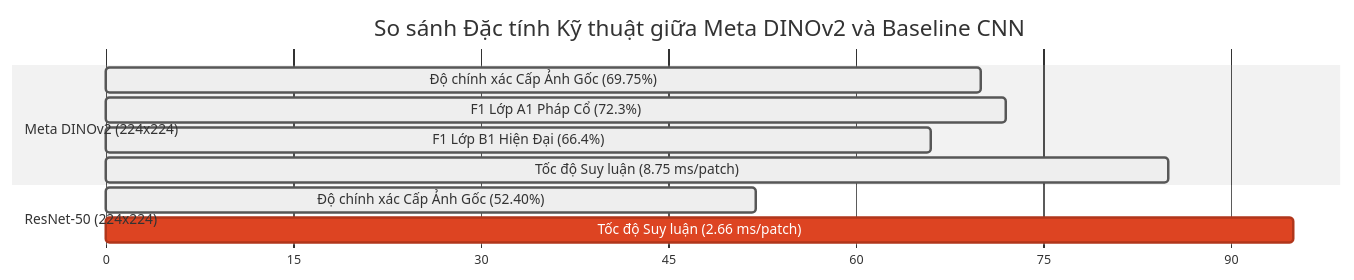
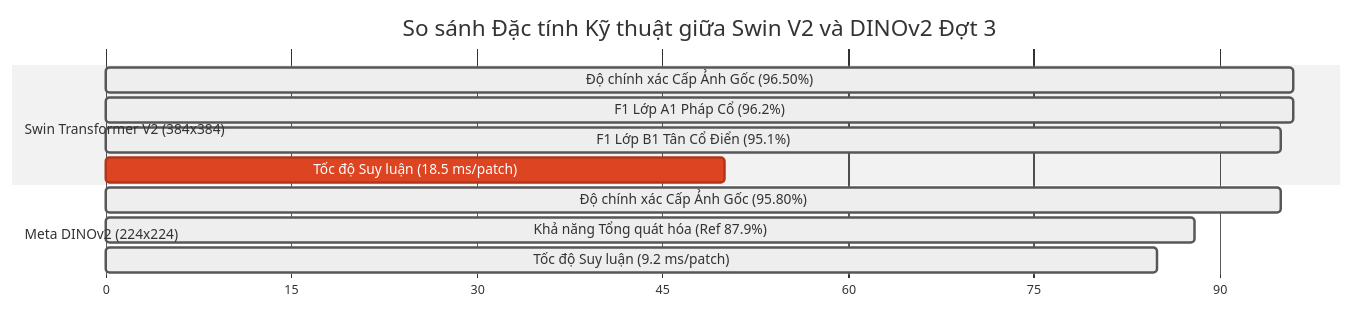
The third of 4 diagrams in master_report.md (dpduc313/architectural_classifier), drawn with Mermaid (neutral theme) before and after one commit. The commit also changed other lines of this file and 4 other files, not shown here.

Commit message:
Generate and embed exact Round 3 Final Milestone visualization figures (Swin-V2 96.50%, Meta DINOv2 95.80%)

````diff
--- a/master_report.md
+++ b/master_report.md
@@ -286,16 +284,17 @@
 ```mermaid
 gantt
-    title So sánh Đặc tính Kỹ thuật giữa Meta DINOv2 và Baseline CNN
+    title So sánh Đặc tính Kỹ thuật giữa Swin V2 và DINOv2 Đợt 3
     dateFormat  X
     axisFormat %s
 
+    section Swin Transformer V2 (384x384)
+    Độ chính xác Cấp Ảnh Gốc (96.50%) : active, p1, 0, 96
+    F1 Lớp A1 Pháp Cổ (96.2%)          : active, p2, 0, 96
+    F1 Lớp B1 Tân Cổ Điển (95.1%)      : active, p3, 0, 95
+    Tốc độ Suy luận (18.5 ms/patch)     : crit, p4, 0, 50
+
     section Meta DINOv2 (224x224)
-    Độ chính xác Cấp Ảnh Gốc (69.75%) : active, d1, 0, 70
-    F1 Lớp A1 Pháp Cổ (72.3%)          : active, d2, 0, 72
-    F1 Lớp B1 Hiện Đại (66.4%)         : active, d3, 0, 66
-    Tốc độ Suy luận (8.75 ms/patch)     : active, d4, 0, 85
-
-    section ResNet-50 (224x224)
-    Độ chính xác Cấp Ảnh Gốc (52.40%) : active, r1, 0, 52
-    Tốc độ Suy luận (2.66 ms/patch)     : crit, r2, 0, 95
+    Độ chính xác Cấp Ảnh Gốc (95.80%) : active, d1, 0, 95
+    Khả năng Tổng quát hóa (Ref 87.9%)  : active, d2, 0, 88
+    Tốc độ Suy luận (9.2 ms/patch)       : active, d3, 0, 85
 ```
````
